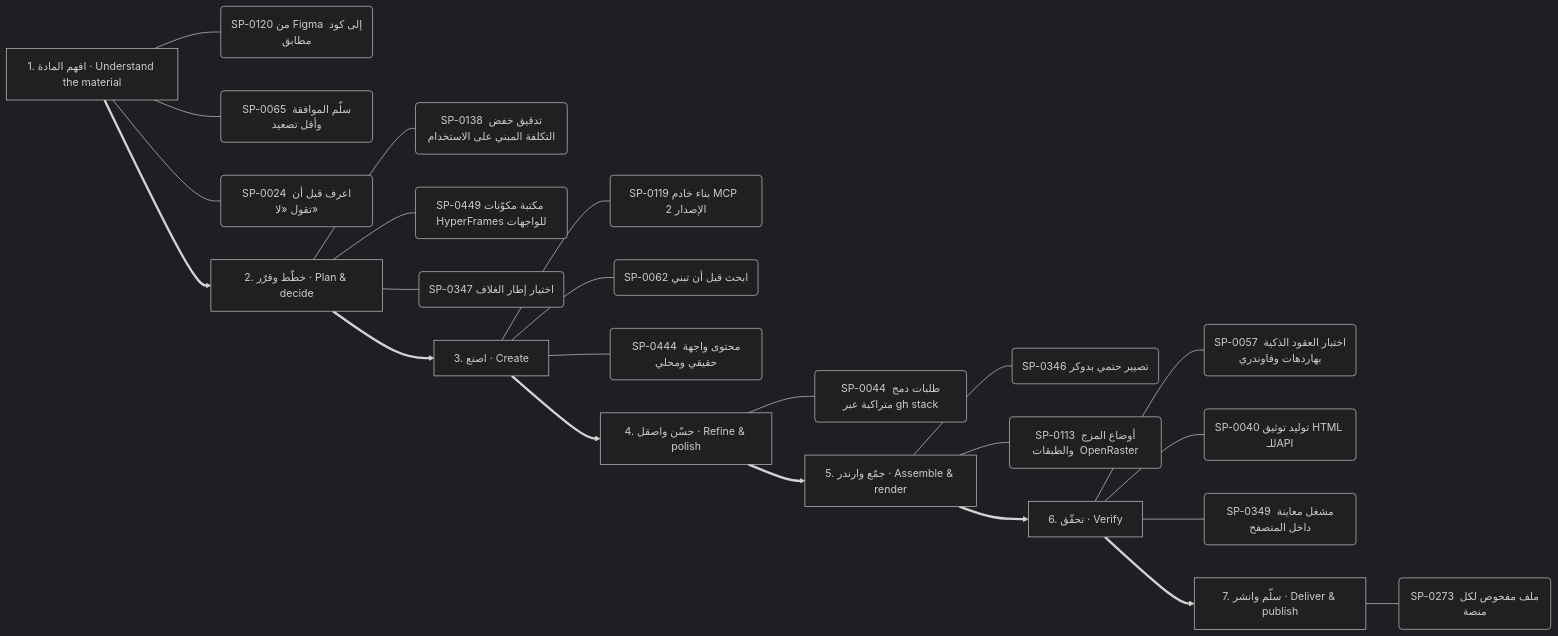
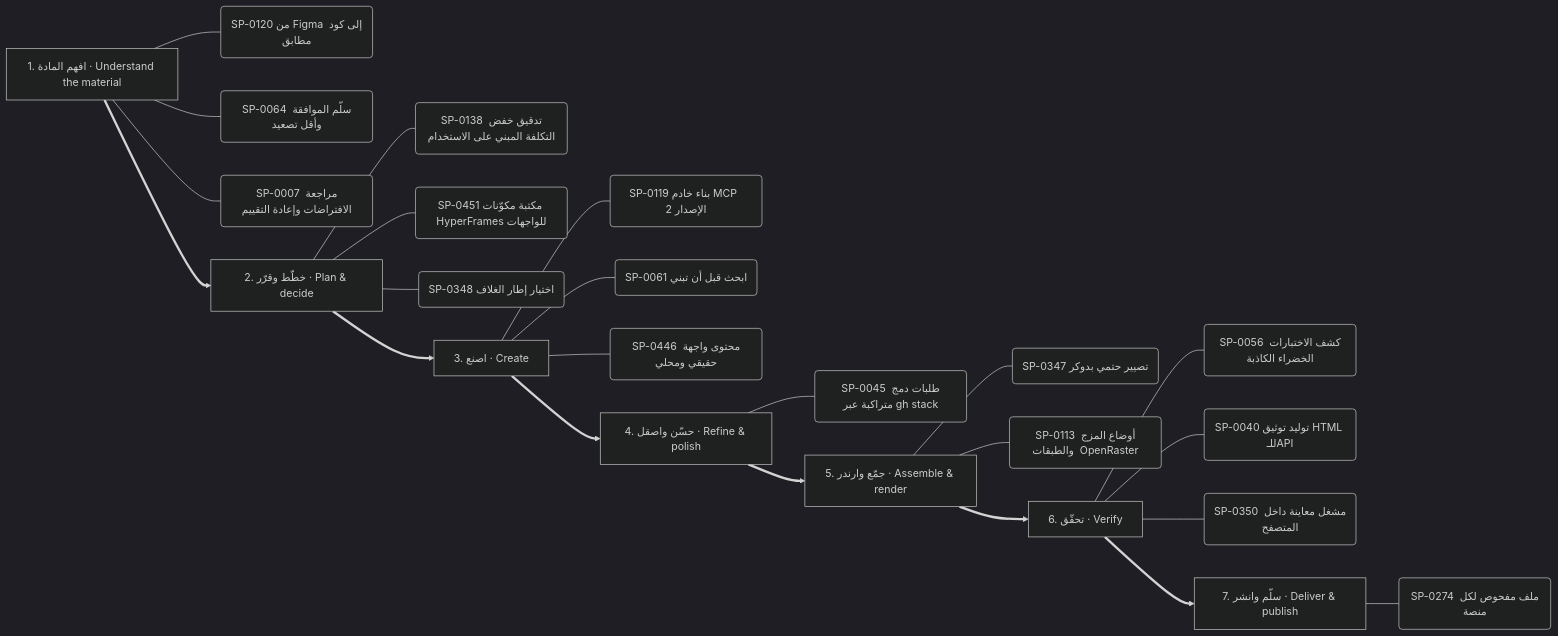
One commit to kosif199022-jpg/kosif-tool changed the ninth of 13 diagrams in .claude/skills/kosif-superpowers/references/capability-mindmap.md. Above: the diagram before and after it, drawn with Mermaid (dark theme). The commit also changed other lines of this file and 35 other files, not shown here.

````diff
--- a/.claude/skills/kosif-superpowers/references/capability-mindmap.md
+++ b/.claude/skills/kosif-superpowers/references/capability-mindmap.md
@@ -455,32 +454,32 @@
 ```mermaid
 flowchart LR
   S0["1. افهم المادة · Understand the material"]
   S0 --- S0_0("SP-0120 من Figma إلى كود مطابق")
-  S0 --- S0_1("SP-0065 سلّم الموافقة وأقل تصعيد")
-  S0 --- S0_2("SP-0024 اعرف قبل أن تقول «لا»")
+  S0 --- S0_1("SP-0064 سلّم الموافقة وأقل تصعيد")
+  S0 --- S0_2("SP-0007 مراجعة الافتراضات وإعادة التقييم")
   S1["2. خطّط وقرّر · Plan & decide"]
   S1 --- S1_0("SP-0138 تدقيق خفض التكلفة المبني على الاستخدام")
-  S1 --- S1_1("SP-0449 مكتبة مكوّنات HyperFrames للواجهات")
-  S1 --- S1_2("SP-0347 اختيار إطار الغلاف")
+  S1 --- S1_1("SP-0451 مكتبة مكوّنات HyperFrames للواجهات")
+  S1 --- S1_2("SP-0348 اختيار إطار الغلاف")
   S0 ==> S1
   S2["3. اصنع · Create"]
   S2 --- S2_0("SP-0119 بناء خادم MCP  الإصدار 2 ")
-  S2 --- S2_1("SP-0062 ابحث قبل أن تبني")
-  S2 --- S2_2("SP-0444 محتوى واجهة حقيقي ومحلي")
+  S2 --- S2_1("SP-0061 ابحث قبل أن تبني")
+  S2 --- S2_2("SP-0446 محتوى واجهة حقيقي ومحلي")
   S1 ==> S2
   S3["4. حسّن واصقل · Refine & polish"]
-  S3 --- S3_0("SP-0044 طلبات دمج متراكبة عبر gh stack")
+  S3 --- S3_0("SP-0045 طلبات دمج متراكبة عبر gh stack")
   S2 ==> S3
   S4["5. جمّع وارندر · Assemble & render"]
-  S4 --- S4_0("SP-0346 تصيير حتمي بدوكر")
+  S4 --- S4_0("SP-0347 تصيير حتمي بدوكر")
   S4 --- S4_1("SP-0113 أوضاع المزج والطبقات  OpenRaster ")
   S3 ==> S4
   S5["6. تحقّق · Verify"]
-  S5 --- S5_0("SP-0057 اختبار العقود الذكية بهاردهات وفاوندري")
+  S5 --- S5_0("SP-0056 كشف الاختبارات الخضراء الكاذبة")
   S5 --- S5_1("SP-0040 توليد توثيق HTML للـAPI")
-  S5 --- S5_2("SP-0349 مشغل معاينة داخل المتصفح")
+  S5 --- S5_2("SP-0350 مشغل معاينة داخل المتصفح")
   S4 ==> S5
   S6["7. سلّم وانشر · Deliver & publish"]
-  S6 --- S6_0("SP-0273 ملف مفحوص لكل منصة")
+  S6 --- S6_0("SP-0274 ملف مفحوص لكل منصة")
   S5 ==> S6
 ```
````
